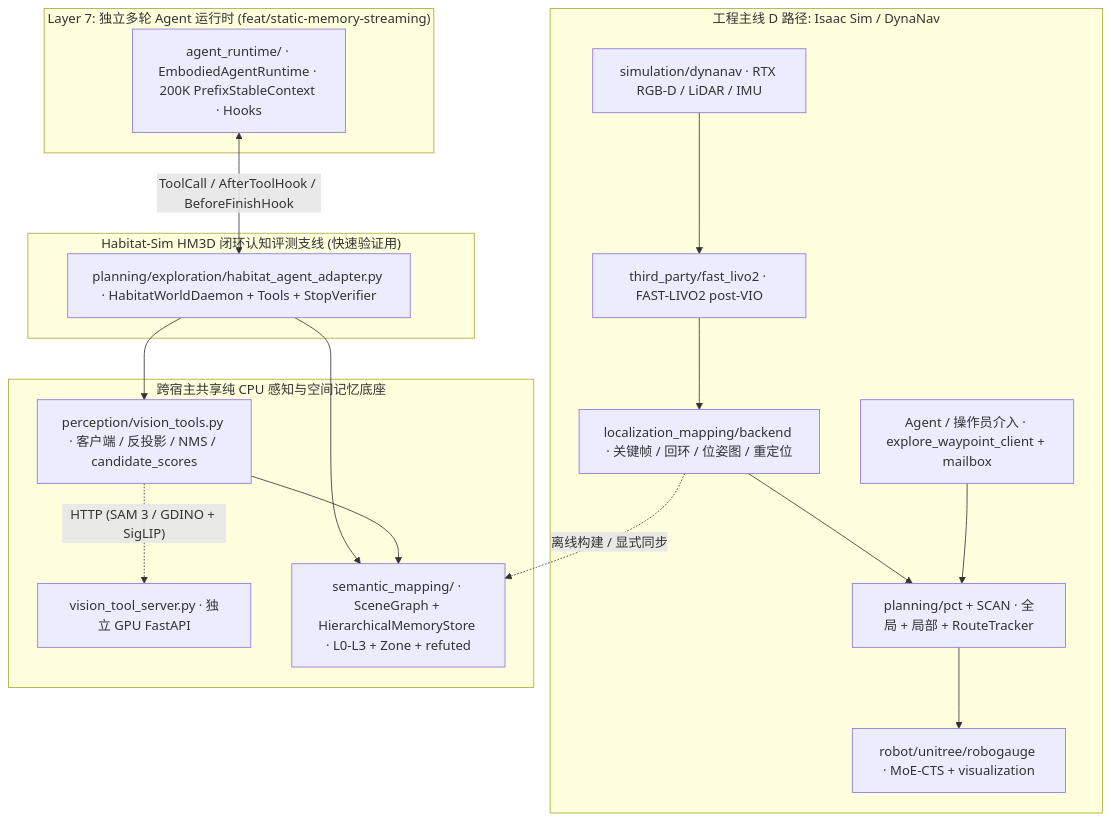
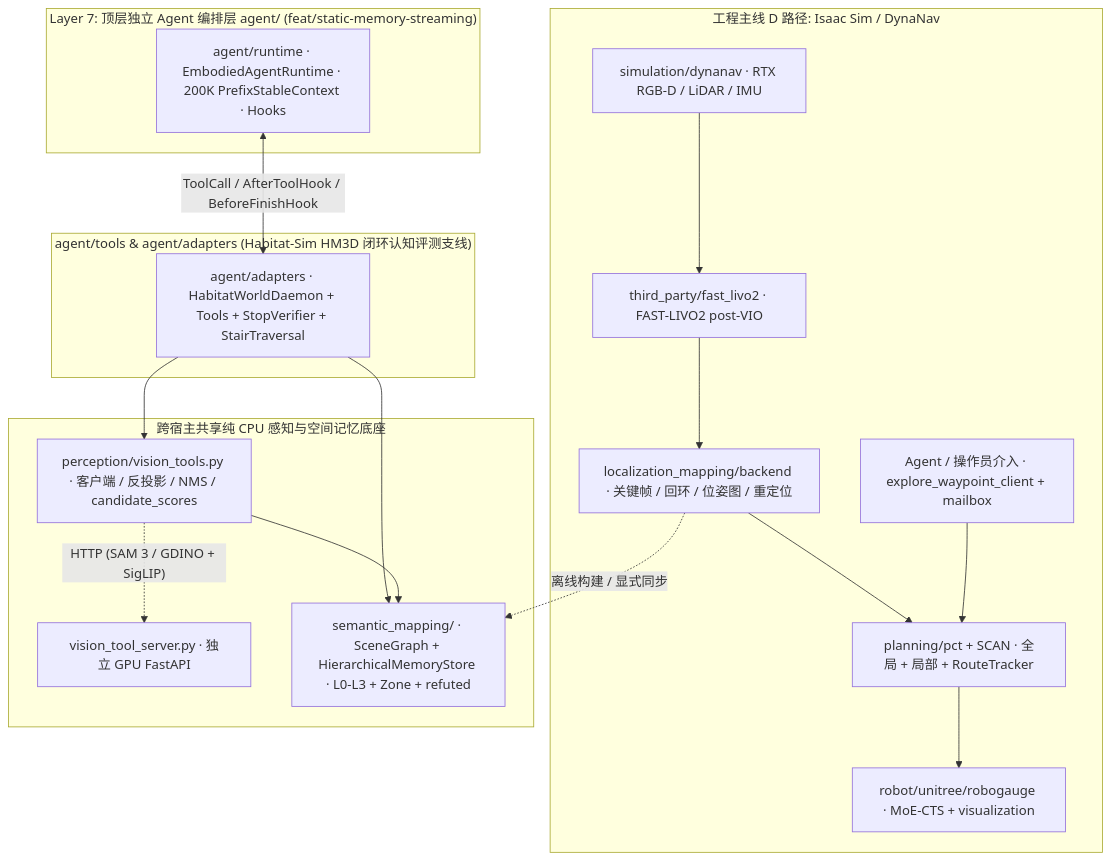
One commit to hk865/embodied-navigation changed the diagram in README.md. Above: the diagram before and after it, drawn with Mermaid. The commit also changed other lines of this file and 26 other files, not shown here.

Commit message:
refactor(agent): establish top-level agent/ layer with unidirectional dependency guard

````diff
--- a/README.md
+++ b/README.md
@@ -24,29 +24,29 @@
 ```mermaid
 flowchart TB
   subgraph HOST_D["工程主线 D 路径: Isaac Sim / DynaNav"]
     SIM_D["simulation/dynanav · RTX RGB-D / LiDAR / IMU"] --> LIVO["third_party/fast_livo2 · FAST-LIVO2 post-VIO"]
     LIVO --> BE["localization_mapping/backend · 关键帧 / 回环 / 位姿图 / 重定位"]
     BE --> PCT_SCAN["planning/pct + SCAN · 全局 + 局部 + RouteTracker"]
     PCT_SCAN --> GO2["robot/unitree/robogauge · MoE-CTS + visualization"]
     OP["Agent / 操作员介入 · explore_waypoint_client + mailbox"] --> PCT_SCAN
   end
 
   subgraph CORE_MEM["跨宿主共享纯 CPU 感知与空间记忆底座"]
     VTOOL["perception/vision_tools.py · 客户端 / 反投影 / NMS / candidate_scores"] -. "HTTP (SAM 3 / GDINO + SigLIP)" .-> VSRV["vision_tool_server.py · 独立 GPU FastAPI"]
     SMEM["semantic_mapping/ · SceneGraph + HierarchicalMemoryStore · L0-L3 + Zone + refuted"]
   end
 
-  subgraph AGENT_RT["Layer 7: 独立多轮 Agent 运行时 (feat/static-memory-streaming)"]
-    RT["agent_runtime/ · EmbodiedAgentRuntime · 200K PrefixStableContext · Hooks"]
+  subgraph AGENT_RT["Layer 7: 顶层独立 Agent 编排层 agent/ (feat/static-memory-streaming)"]
+    RT["agent/runtime · EmbodiedAgentRuntime · 200K PrefixStableContext · Hooks"]
   end
 
-  subgraph HOST_HAB["Habitat-Sim HM3D 闭环认知评测支线 (快速验证用)"]
-    HAB["planning/exploration/habitat_agent_adapter.py · HabitatWorldDaemon + Tools + StopVerifier"]
+  subgraph HOST_HAB["agent/tools & agent/adapters (Habitat-Sim HM3D 闭环认知评测支线)"]
+    HAB["agent/adapters · HabitatWorldDaemon + Tools + StopVerifier + StairTraversal"]
   end
 
   RT <--> |"ToolCall / AfterToolHook / BeforeFinishHook"| HAB
   HAB --> VTOOL
   HAB --> SMEM
   VTOOL --> SMEM
   BE -. "离线构建 / 显式同步" .-> SMEM
 ```
````
